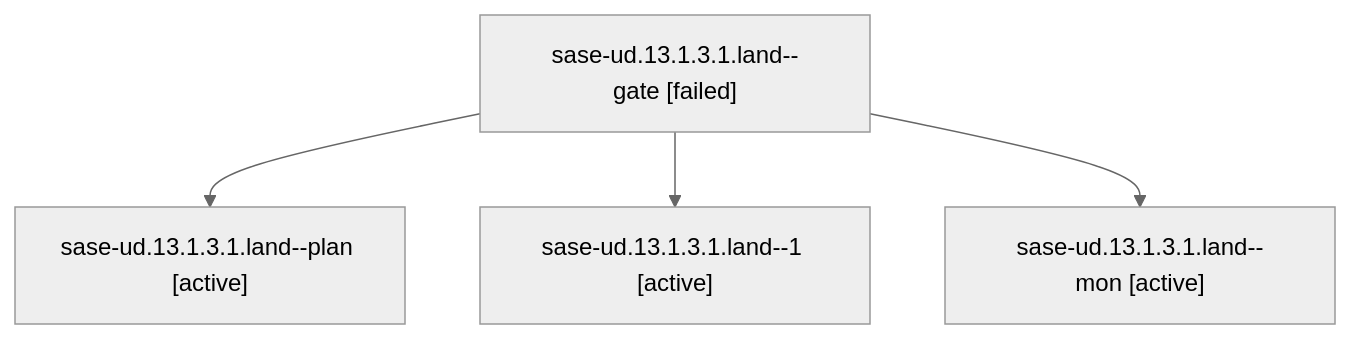
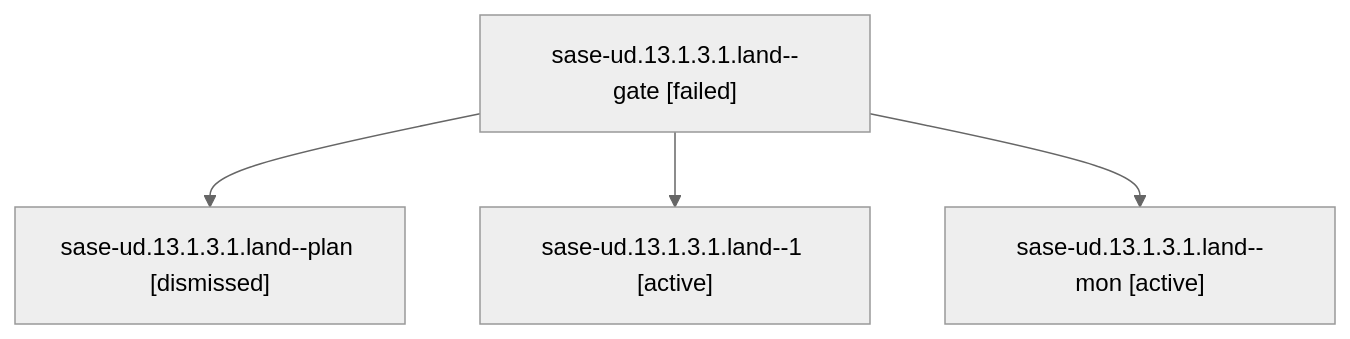
Before and after one commit to sase-org/sase--agents: the diagram in sessions/bbugyi200.athena.sase-ud.13.1.3.1.land.md, drawn with Mermaid (neutral theme). The commit also changed other lines of this file and 262 other files, not shown here.

````diff
--- a/sessions/bbugyi200.athena.sase-ud.13.1.3.1.land.md
+++ b/sessions/bbugyi200.athena.sase-ud.13.1.3.1.land.md
@@ -9,10 +9,10 @@
 ```mermaid
 flowchart TD
   n0["sase-ud.13.1.3.1.land--gate [failed]"]
-  n1["sase-ud.13.1.3.1.land--plan [active]"]
+  n1["sase-ud.13.1.3.1.land--plan [dismissed]"]
   n0 --> n1
   n2["sase-ud.13.1.3.1.land--1 [active]"]
   n0 --> n2
   n3["sase-ud.13.1.3.1.land--mon [active]"]
   n0 --> n3
 ```
````
